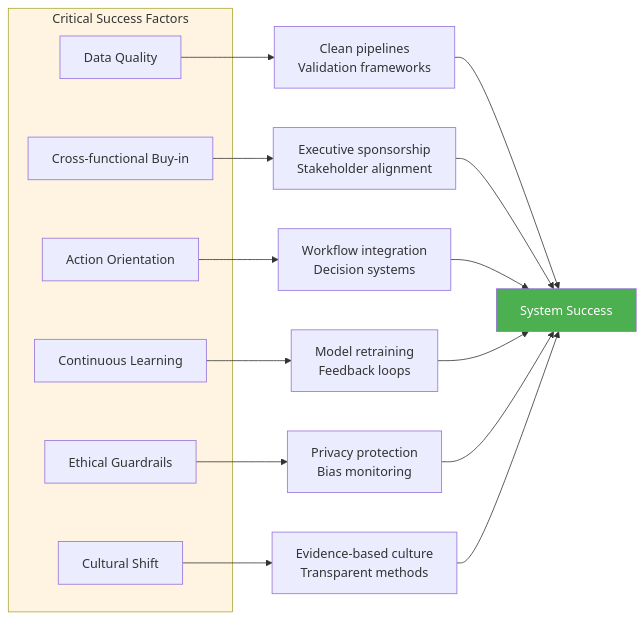
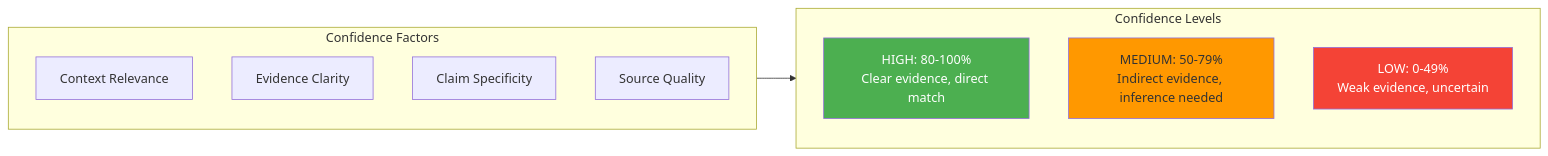
Before and after one commit to Krish-Om/contradiction-detection-system: diagram 12 of 20 in docs/01_conceptual_framework.md, drawn with Mermaid. The commit also changed other lines of this file and 5 other files, not shown here.

````diff
--- a/docs/01_conceptual_framework.md
+++ b/docs/01_conceptual_framework.md
@@ -462,23 +383,21 @@
 ```mermaid
 graph LR
-    subgraph CSF["Critical Success Factors"]
-        C1[Data Quality]
-        C2[Cross-functional Buy-in]
-        C3[Action Orientation]
-        C4[Continuous Learning]
-        C5[Ethical Guardrails]
-        C6[Cultural Shift]
+    subgraph Factors["Confidence Factors"]
+        F1[Context Relevance]
+        F2[Evidence Clarity]
+        F3[Claim Specificity]
+        F4[Source Quality]
     end
-    
-    C1 --> R1[Clean pipelines<br/>Validation frameworks]
-    C2 --> R2[Executive sponsorship<br/>Stakeholder alignment]
-    C3 --> R3[Workflow integration<br/>Decision systems]
-    C4 --> R4[Model retraining<br/>Feedback loops]
-    C5 --> R5[Privacy protection<br/>Bias monitoring]
-    C6 --> R6[Evidence-based culture<br/>Transparent methods]
-    
-    R1 & R2 & R3 & R4 & R5 & R6 --> Success[System Success]
-    
-    style CSF fill:#fff4e1
-    style Success fill:#4caf50,color:#fff
+
+    subgraph Scoring["Confidence Levels"]
+        S1[HIGH: 80-100%<br/>Clear evidence, direct match]
+        S2[MEDIUM: 50-79%<br/>Indirect evidence, inference needed]
+        S3[LOW: 0-49%<br/>Weak evidence, uncertain]
+    end
+
+    Factors --> Scoring
+
+    style S1 fill:#4caf50,color:#fff
+    style S2 fill:#ff9800
+    style S3 fill:#f44336,color:#fff
 ```
````
